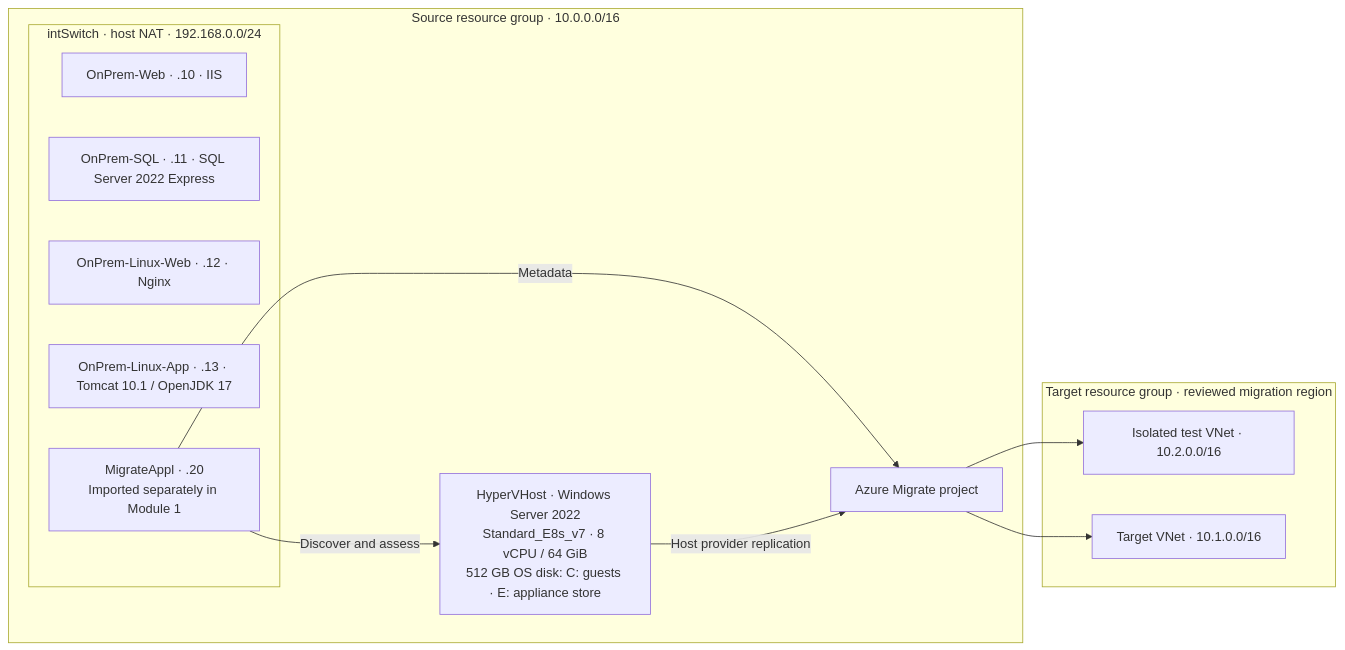
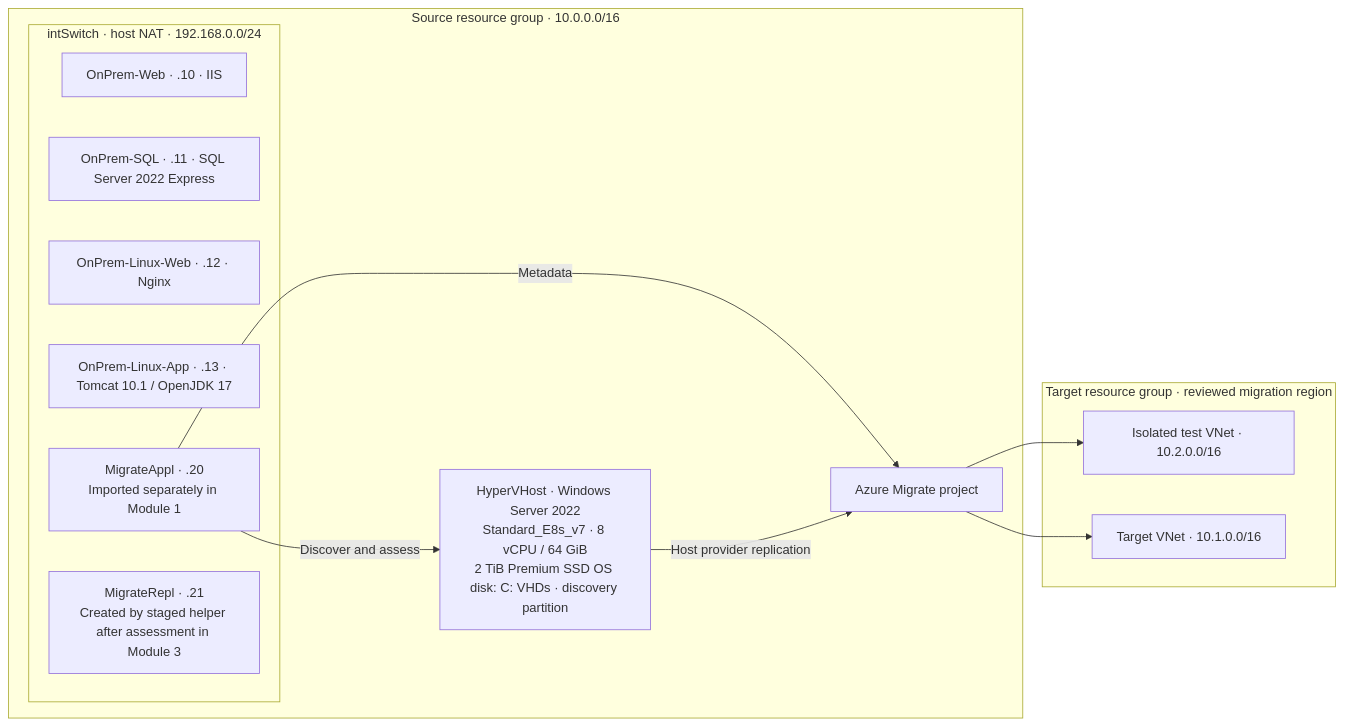
Before and after one commit to JBibbs19/azure-migrate-workshop: the diagram in README.md, drawn with Mermaid. The commit also changed other lines of this file and 27 other files, not shown here.

````diff
--- a/README.md
+++ b/README.md
@@ -41,23 +41,24 @@
 ```mermaid
 flowchart LR
   subgraph Source["Source resource group · 10.0.0.0/16"]
-    Host["HyperVHost · Windows Server 2022\nStandard_E8s_v7 · 8 vCPU / 64 GiB\n512 GB OS disk: C: guests · E: appliance store"]
+    Host["HyperVHost · Windows Server 2022\nStandard_E8s_v7 · 8 vCPU / 64 GiB\n2 TiB Premium SSD OS disk: C: VHDs · discovery partition"]
     subgraph Nested["intSwitch · host NAT · 192.168.0.0/24"]
       IIS["OnPrem-Web · .10 · IIS"]
       SQL["OnPrem-SQL · .11 · SQL Server 2022 Express"]
       Nginx["OnPrem-Linux-Web · .12 · Nginx"]
       App["OnPrem-Linux-App · .13 · Tomcat 10.1 / OpenJDK 17"]
       Appliance["MigrateAppl · .20\nImported separately in Module 1"]
+      Repl["MigrateRepl · .21\nCreated by staged helper after assessment in Module 3"]
     end
     Project["Azure Migrate project"]
     Appliance -->|Discover and assess| Host
     Appliance -->|Metadata| Project
   end
   subgraph Destination["Target resource group · reviewed migration region"]
     Test["Isolated test VNet · 10.2.0.0/16"]
     Target["Target VNet · 10.1.0.0/16"]
   end
   Host -->|Host provider replication| Project
   Project --> Test
   Project --> Target
 ```
````
